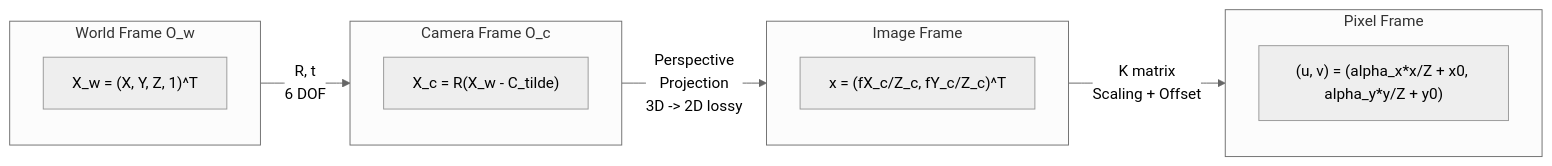
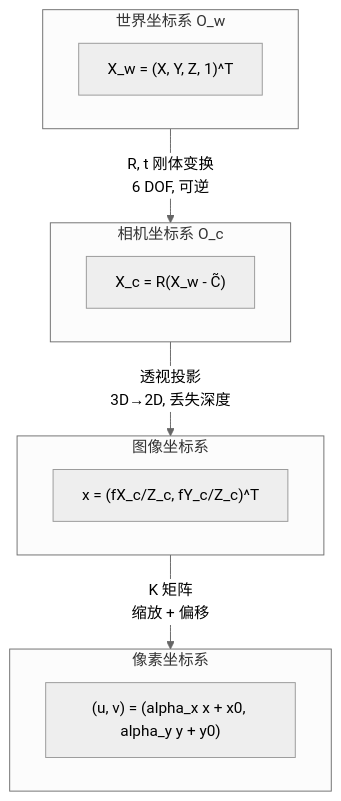
One commit to dull-bird/book_3d_cv changed the second of 3 diagrams in src/00_basics/05_coordinates.md. Above: the diagram before and after it, drawn with Mermaid (neutral theme). The commit also changed other lines of this file and 4 other files, not shown here.

First line of the commit message:
feat: 全部mermaid转为TD方向并使用中文(四象限图除外)

````diff
--- a/src/00_basics/05_coordinates.md
+++ b/src/00_basics/05_coordinates.md
@@ -124,18 +124,18 @@
 ```mermaid
-flowchart LR
-    subgraph W["World Frame O_w"]
+flowchart TD
+    subgraph W["世界坐标系 O_w"]
         Xw["X_w = (X, Y, Z, 1)^T"]
     end
-    subgraph C["Camera Frame O_c"]
-        Xc["X_c = R(X_w - C_tilde)"]
+    subgraph Cam["相机坐标系 O_c"]
+        Xc["X_c = R(X_w - C̃)"]
     end
-    subgraph I["Image Frame"]
-        x["x = (fX_c/Z_c, fY_c/Z_c)^T"]
+    subgraph I["图像坐标系"]
+        xi["x = (fX_c/Z_c, fY_c/Z_c)^T"]
     end
-    subgraph Px["Pixel Frame"]
-        uv["(u, v) = (alpha_x*x/Z + x0, alpha_y*y/Z + y0)"]
+    subgraph Px["像素坐标系"]
+        uv["(u, v) = (alpha_x x + x0, alpha_y y + y0)"]
     end
-    W -->|"R, t<br/>6 DOF"| C
-    C -->|"Perspective<br/>Projection<br/>3D -> 2D lossy"| I
-    I -->|"K matrix<br/>Scaling + Offset"| Px
+    W -->|"R, t 刚体变换<br/>6 DOF, 可逆"| Cam
+    Cam -->|"透视投影<br/>3D→2D, 丢失深度"| I
+    I -->|"K 矩阵<br/>缩放 + 偏移"| Px
 ```
````
